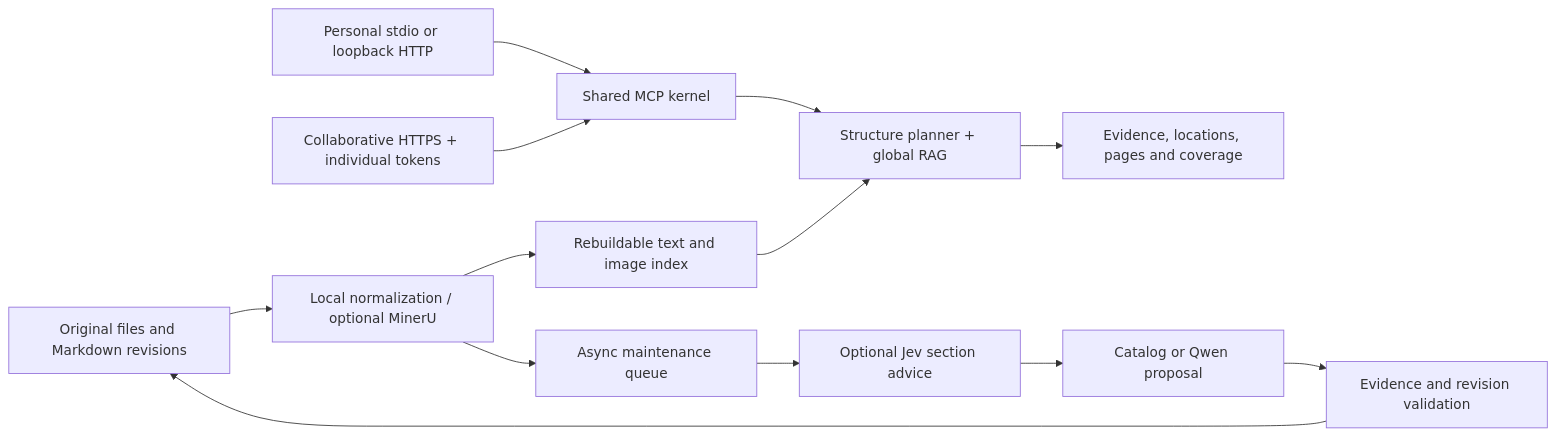
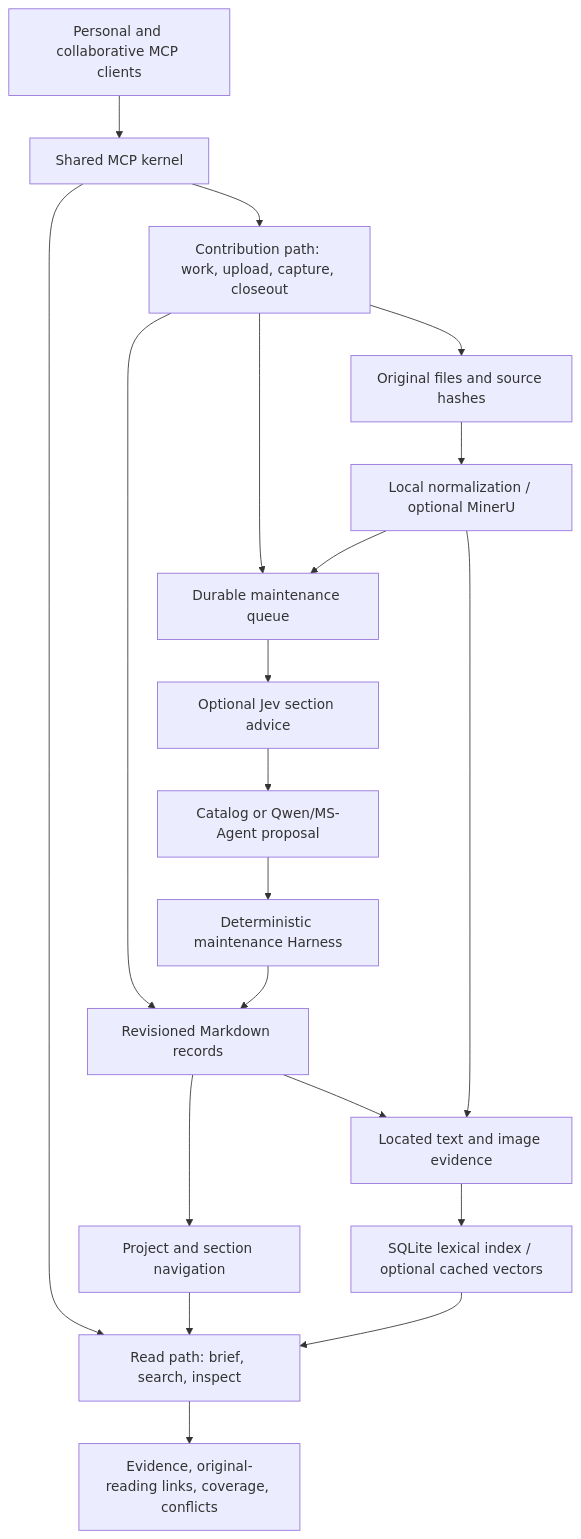
One commit to Tangtaizong-BUAA/ArgonMemory changed the diagram in README.md. Above: the diagram before and after it, drawn with Mermaid. The commit also changed other lines of this file and 1 other file, not shown here.

First line of the commit message:
docs: explain the complete Argon Memory architecture

````diff
--- a/README.md
+++ b/README.md
@@ -17,15 +33,22 @@
 ```mermaid
-flowchart LR
-  L[Personal stdio or loopback HTTP] --> M[Shared MCP kernel]
-  C[Collaborative HTTPS + individual tokens] --> M
-  M --> S[Structure planner + global RAG]
-  O[Original files and Markdown revisions] --> N[Local normalization / optional MinerU]
-  N --> I[Rebuildable text and image index]
-  I --> S
-  S --> E[Evidence, locations, pages and coverage]
-  N --> Q[Async maintenance queue]
-  Q --> J[Optional Jev section advice]
-  J --> P[Catalog or Qwen proposal]
-  P --> H[Evidence and revision validation]
-  H --> O
+flowchart TB
+  C["Personal and collaborative MCP clients"] --> M["Shared MCP kernel"]
+  M --> Q["Read path: brief, search, inspect"]
+  M --> W["Contribution path: work, upload, capture, closeout"]
+  W --> K["Revisioned Markdown records"]
+  W --> O["Original files and source hashes"]
+  K --> S["Project and section navigation"]
+  K --> E["Located text and image evidence"]
+  O --> N["Local normalization / optional MinerU"]
+  N --> E
+  E --> I["SQLite lexical index / optional cached vectors"]
+  S --> Q
+  I --> Q
+  Q --> R["Evidence, original-reading links, coverage, conflicts"]
+  W --> J["Durable maintenance queue"]
+  N --> J
+  J --> V["Optional Jev section advice"]
+  V --> P["Catalog or Qwen/MS-Agent proposal"]
+  P --> H["Deterministic maintenance Harness"]
+  H --> K
 ```
````
